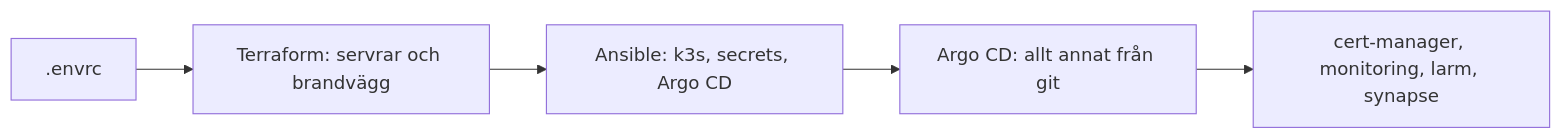
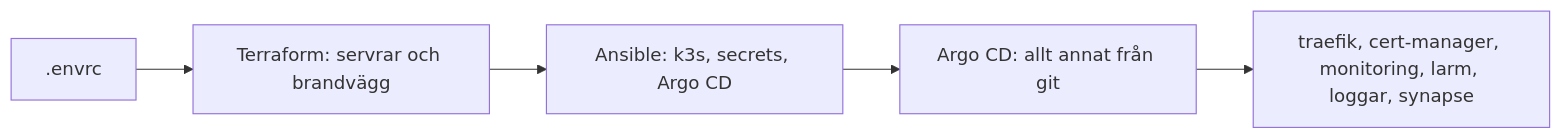
The diagram in docs/steg-for-steg.md (AntonSatt/chas-devops-slutprojekt), drawn with Mermaid before and after one commit. The commit also changed other lines of this file, not shown here.

Commit message:
docs(guide): ikapp med Traefik-appen och loggarna

````diff
--- a/docs/steg-for-steg.md
+++ b/docs/steg-for-steg.md
@@ -36,7 +36,7 @@
 ```mermaid
 flowchart LR
   E[".envrc"] --> T["Terraform: servrar och brandvägg"]
   T --> A["Ansible: k3s, secrets, Argo CD"]
   A --> R["Argo CD: allt annat från git"]
-  R --> X["cert-manager, monitoring, larm, synapse"]
+  R --> X["traefik, cert-manager, monitoring, larm, loggar, synapse"]
 ```
````
